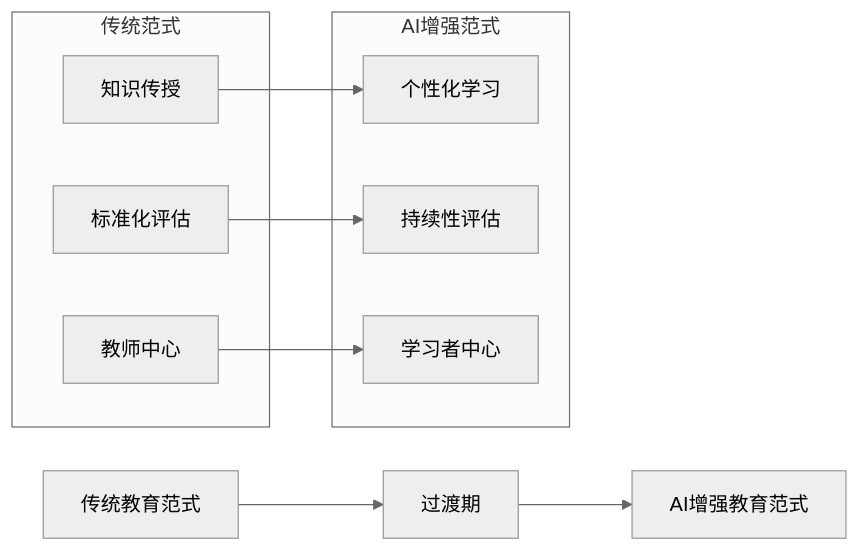
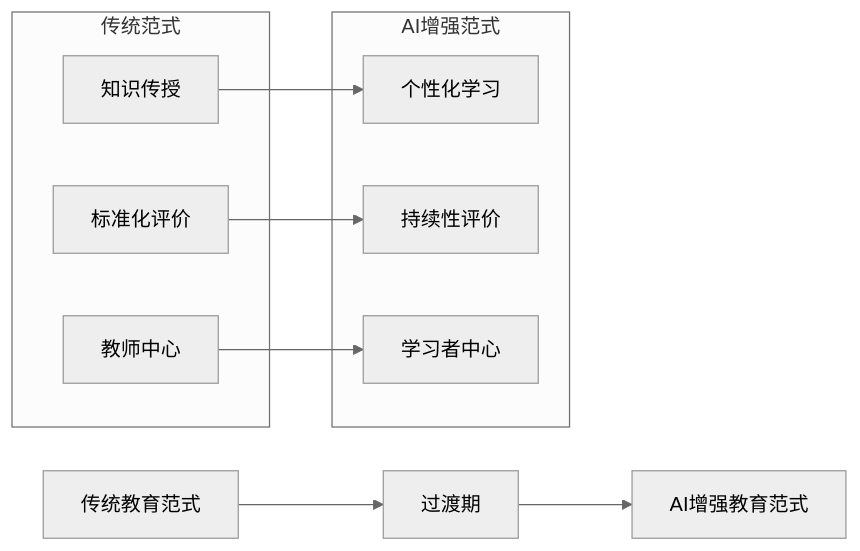
The third of 3 diagrams in 01-哲学科学基础/02-教育哲学与价值观.md (AdaMartin18010/SeniorEnducation), drawn with Mermaid (neutral theme) before and after one commit. The commit also changed other lines of this file and 2 other files, not shown here.

````diff
--- a/01-哲学科学基础/02-教育哲学与价值观.md
+++ b/01-哲学科学基础/02-教育哲学与价值观.md
@@ -179,21 +202,21 @@
 ```mermaid
 graph LR
     A[传统教育范式] --> B[过渡期]
     B --> C[AI增强教育范式]
     
     subgraph 传统范式
     D[知识传授]
-    E[标准化评估]
+    E[标准化评价]
     F[教师中心]
     end
     
     subgraph AI增强范式
     G[个性化学习]
-    H[持续性评估]
+    H[持续性评价]
     I[学习者中心]
     end
     
     D --> G
     E --> H
     F --> I
 ```
````
